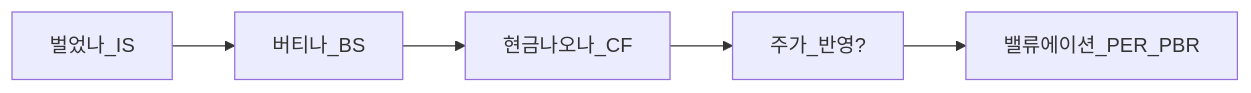
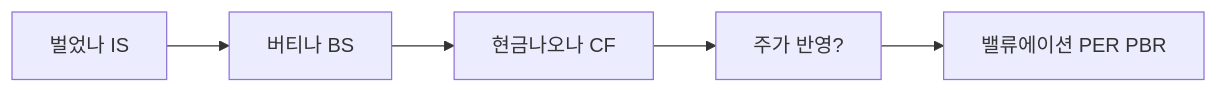
The second of 2 diagrams in 01-foundations/financial-statements-intro.md (goldanghenry/Finances), drawn with Mermaid before and after one commit. The commit also changed other lines of this file and 211 other files, not shown here.

````diff
--- a/01-foundations/financial-statements-intro.md
+++ b/01-foundations/financial-statements-intro.md
@@ -141,7 +152,7 @@
 ```mermaid
 flowchart LR
-  Q1[벌었나_IS] --> Q2[버티나_BS]
-  Q2 --> Q3[현금나오나_CF]
-  Q3 --> Q4[주가_반영?]
-  Q4 --> Val[밸류에이션_PER_PBR]
+  Q1["벌었나 IS"] --> Q2["버티나 BS"]
+  Q2 --> Q3["현금나오나 CF"]
+  Q3 --> Q4["주가 반영?"]
+  Q4 --> Val["밸류에이션 PER PBR"]
 ```
````
